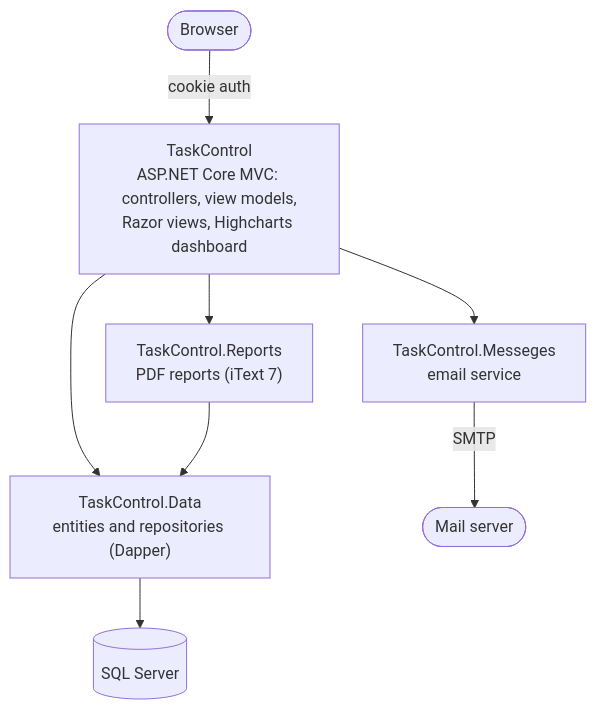
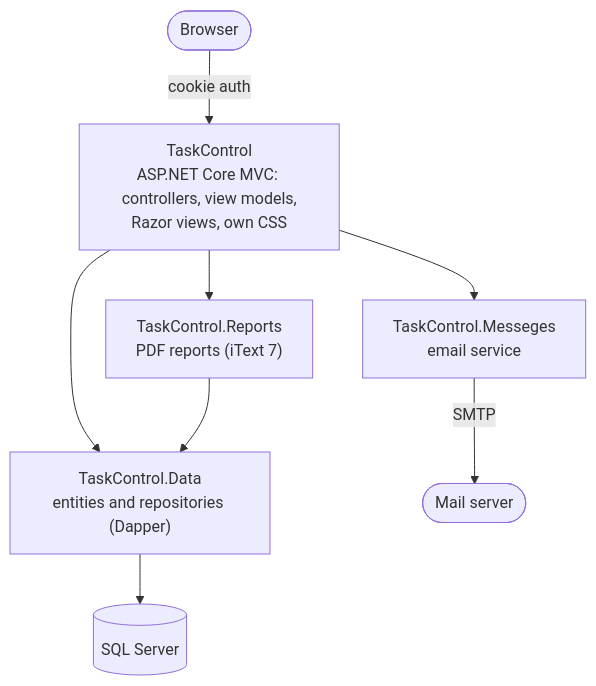
The first of 2 diagrams in README.md (joaogqueiroz/TaskControl), drawn with Mermaid before and after one commit. The commit also changed other lines of this file and 4 other files, not shown here.

````diff
--- a/README.md
+++ b/README.md
@@ -25,10 +26,10 @@
 ```mermaid
 flowchart TB
-    browser(["Browser"]) -- "cookie auth" --> mvc["TaskControl<br/>ASP.NET Core MVC: controllers, view models,<br/>Razor views, Highcharts dashboard"]
+    browser(["Browser"]) -- "cookie auth" --> mvc["TaskControl<br/>ASP.NET Core MVC: controllers, view models,<br/>Razor views, own CSS"]
     mvc --> data["TaskControl.Data<br/>entities and repositories (Dapper)"]
     mvc --> reports["TaskControl.Reports<br/>PDF reports (iText 7)"]
     mvc --> messages["TaskControl.Messeges<br/>email service"]
     reports --> data
     data --> sql[("SQL Server")]
     messages -- "SMTP" --> smtp(["Mail server"])
 ```
````
